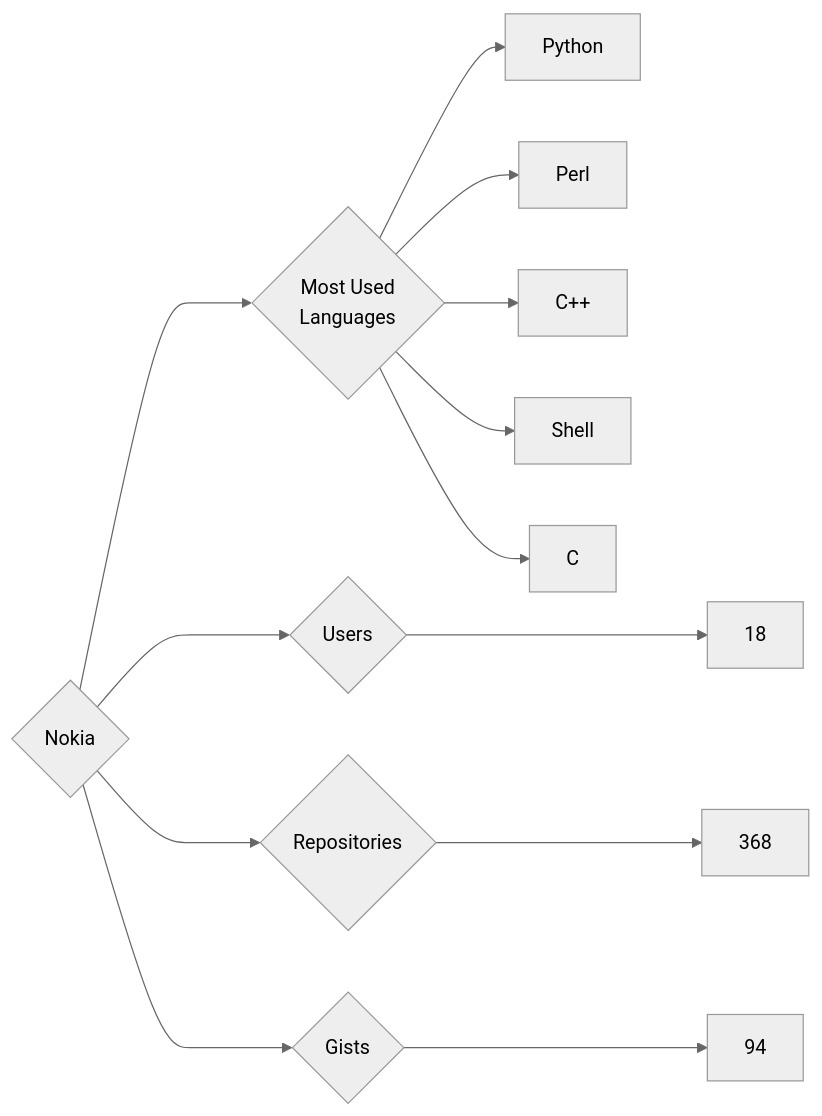
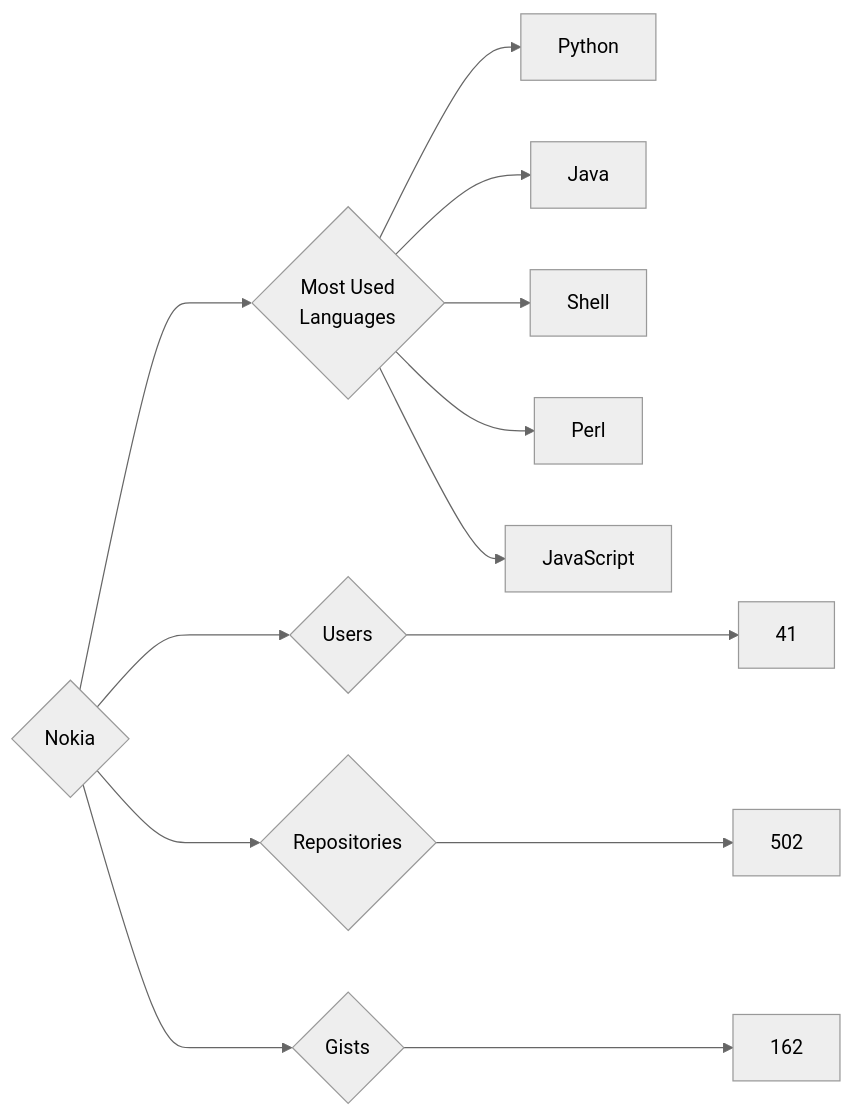
One commit to trickest/insiders changed the diagram in targets/Nokia/README.md. Above: the diagram before and after it, drawn with Mermaid (neutral theme). The commit also changed 912 other files, not shown here.

````diff
--- a/targets/Nokia/README.md
+++ b/targets/Nokia/README.md
@@ -3,13 +3,13 @@
 ```mermaid
 graph LR
 COMPANY_NAME{Nokia}
-COMPANY_NAME ---> U{Users} ---> UN[18]
-COMPANY_NAME ---> R{Repositories} ---> RN[368]
-COMPANY_NAME ---> G{Gists} ---> GN[94]
+COMPANY_NAME ---> U{Users} ---> UN[41]
+COMPANY_NAME ---> R{Repositories} ---> RN[502]
+COMPANY_NAME ---> G{Gists} ---> GN[162]
 COMPANY_NAME ---> ML{Most Used<br>Languages}
 ML --> Python[Python]
+ML --> Java[Java]
+ML --> Shell[Shell]
 ML --> Perl[Perl]
-ML --> C++[C++]
-ML --> Shell[Shell]
-ML --> C[C]
+ML --> JavaScript[JavaScript]
 ```
````
